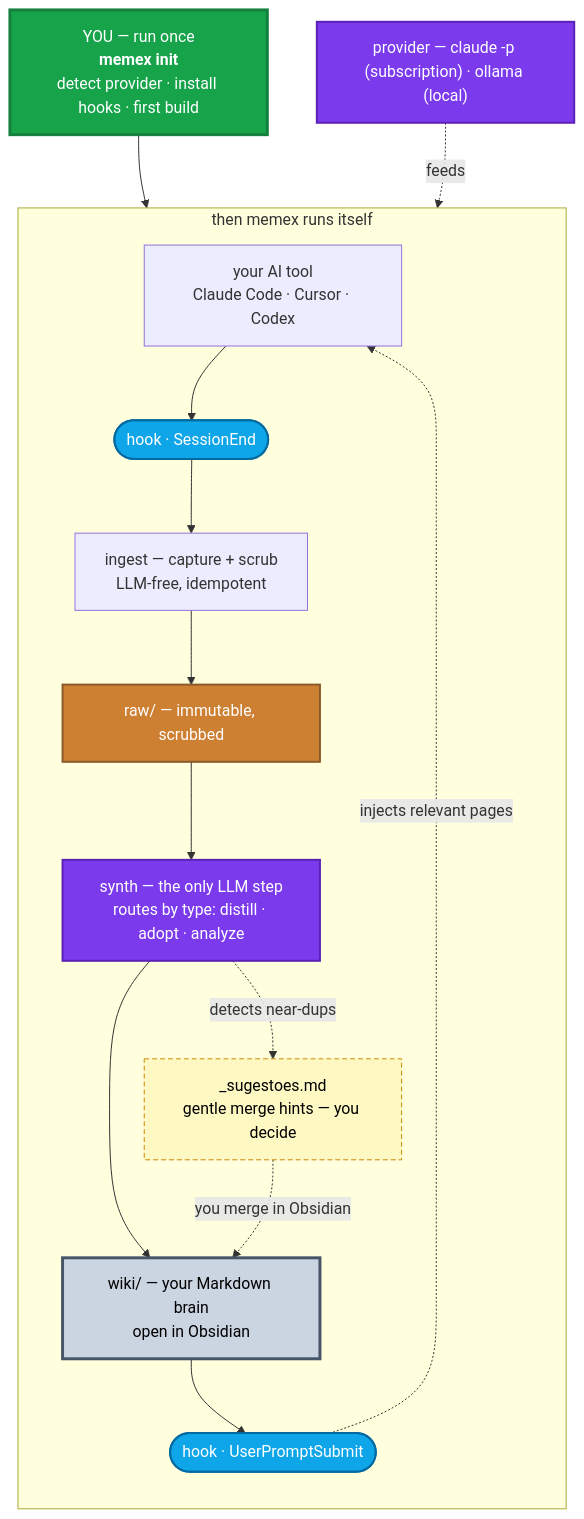
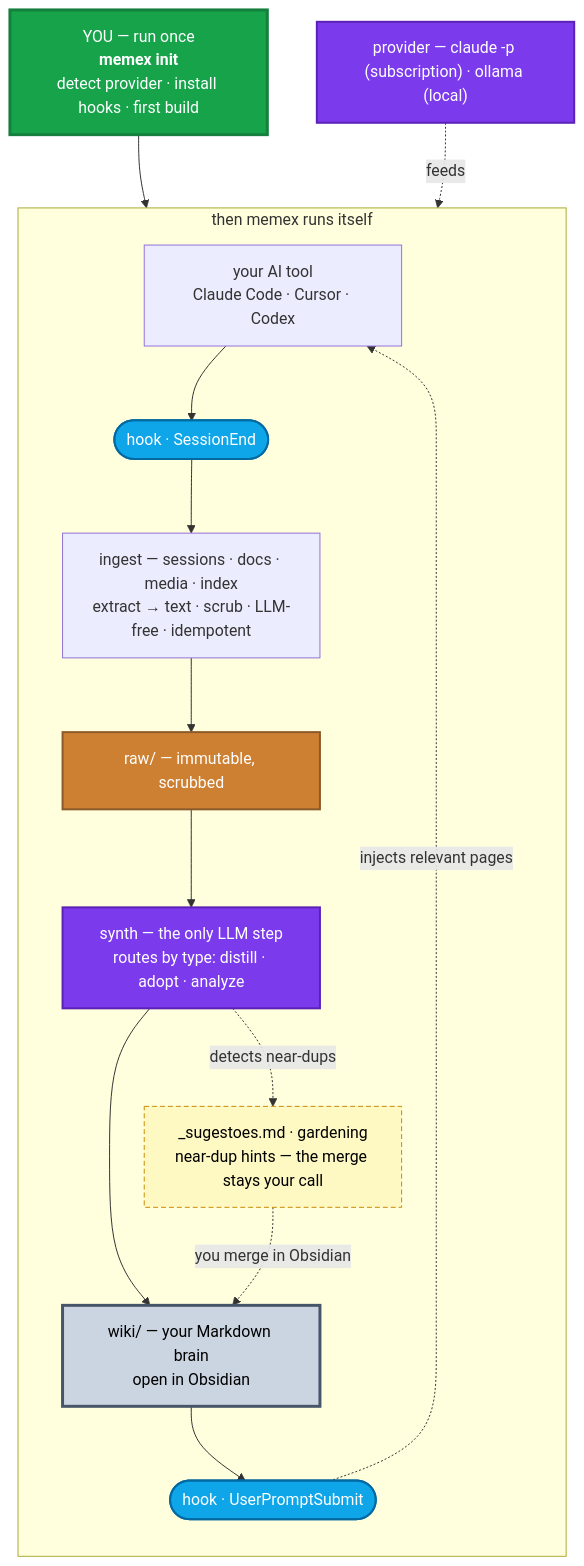
The diagram in README.md (GianCdM/memex), drawn with Mermaid before and after one commit. The commit also changed other lines of this file and 1 other file, not shown here.

Commit message:
docs: refresh README for current features; add unrelated llm-wiki.md notes

````diff
--- a/README.md
+++ b/README.md
@@ -27,32 +27,32 @@
 ```mermaid
 flowchart TB
   classDef you fill:#16a34a,color:#fff,stroke:#15803d,stroke-width:3px
   classDef hook fill:#0ea5e9,color:#fff,stroke:#0369a1,stroke-width:2px
   classDef llm fill:#7c3aed,color:#fff,stroke:#5b21b6,stroke-width:2px
   classDef bronze fill:#cd7f32,color:#fff,stroke:#8b5a2b,stroke-width:2px
   classDef wiki fill:#cbd5e1,color:#000,stroke:#475569,stroke-width:3px
   classDef hint fill:#fef9c3,color:#000,stroke:#ca8a04,stroke-dasharray:5 3
 
   YOU["YOU — run once<br/><b>memex init</b><br/>detect provider · install hooks · first build"]:::you
 
   subgraph AUTO["then memex runs itself"]
     direction TB
     HARNESS["your AI tool<br/>Claude Code · Cursor · Codex"]
     SE(["hook · SessionEnd"]):::hook
-    ING["ingest — capture + scrub<br/>LLM-free, idempotent"]
+    ING["ingest — sessions · docs · media · index<br/>extract → text · scrub · LLM-free · idempotent"]
     RAW["raw/ — immutable, scrubbed"]:::bronze
     SYN["synth — the only LLM step<br/>routes by type: distill · adopt · analyze"]:::llm
     WIKI["wiki/ — your Markdown brain<br/>open in Obsidian"]:::wiki
     UPS(["hook · UserPromptSubmit"]):::hook
-    SUG["_sugestoes.md<br/>gentle merge hints — you decide"]:::hint
+    SUG["_sugestoes.md · gardening<br/>near-dup hints — the merge stays your call"]:::hint
 
     HARNESS --> SE --> ING --> RAW --> SYN --> WIKI
     WIKI --> UPS -. injects relevant pages .-> HARNESS
     SYN -. detects near-dups .-> SUG -. you merge in Obsidian .-> WIKI
   end
 
   PROV["provider — claude -p (subscription) · ollama (local)"]:::llm
 
   YOU --> HARNESS
   PROV -. feeds .-> SYN
 ```
````
